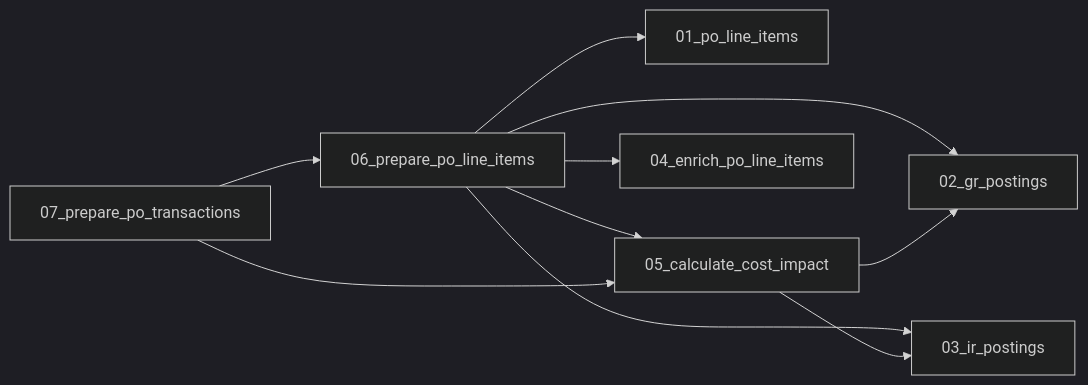
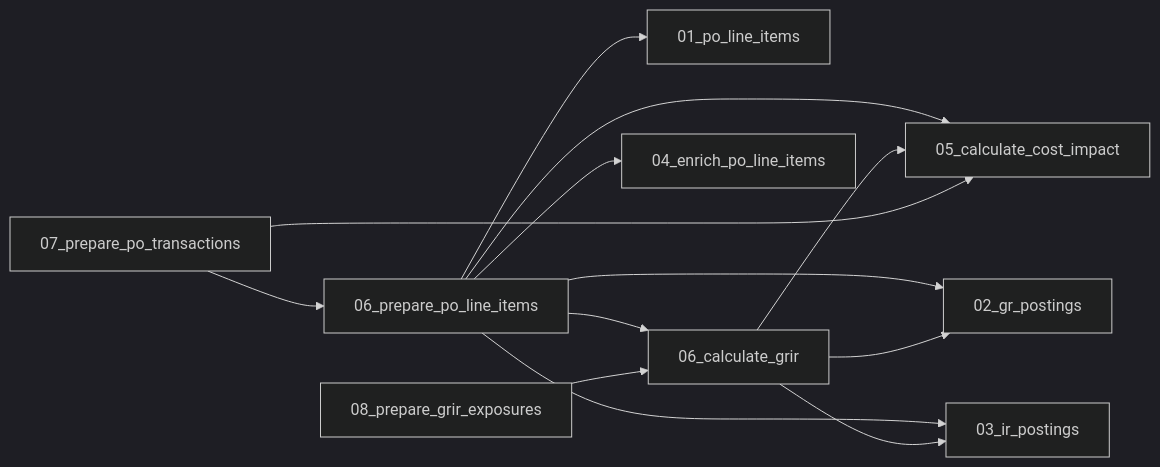
The second of 2 diagrams in pipeline-map.md (ihabwahbi/cost-management-db), drawn with Mermaid (dark theme) before and after one commit. The commit also changed other lines of this file and 16 other files, not shown here.

````diff
--- a/pipeline-map.md
+++ b/pipeline-map.md
@@ -82,12 +89,15 @@
 ```mermaid
 flowchart LR
     06_prepare_po_line_items --> 01_po_line_items
     06_prepare_po_line_items --> 02_gr_postings
-    05_calculate_cost_impact --> 02_gr_postings
+    06_calculate_grir --> 02_gr_postings
     06_prepare_po_line_items --> 03_ir_postings
-    05_calculate_cost_impact --> 03_ir_postings
+    06_calculate_grir --> 03_ir_postings
     06_prepare_po_line_items --> 04_enrich_po_line_items
     06_prepare_po_line_items --> 05_calculate_cost_impact
+    06_calculate_grir --> 05_calculate_cost_impact
     07_prepare_po_transactions --> 05_calculate_cost_impact
+    06_prepare_po_line_items --> 06_calculate_grir
+    08_prepare_grir_exposures --> 06_calculate_grir
     07_prepare_po_transactions --> 06_prepare_po_line_items
 ```
````
